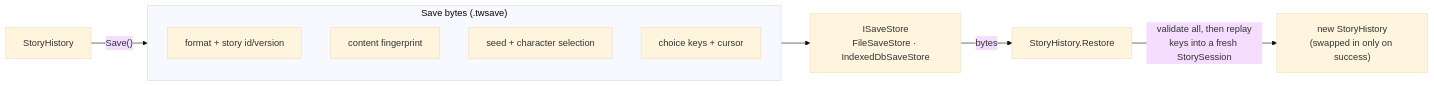
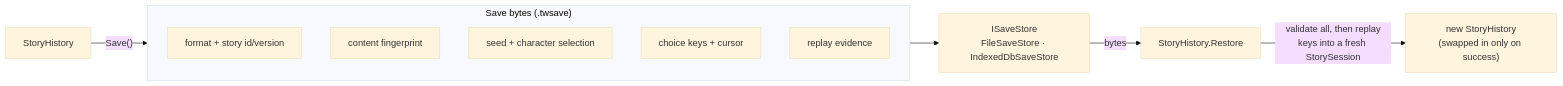
One commit to squid-farm/talewright changed the sixth of 6 diagrams in docs/developer/architecture.md. Above: the diagram before and after it, drawn with Mermaid (base theme). The commit also changed other lines of this file and 21 other files, not shown here.

````diff
--- a/docs/developer/architecture.md
+++ b/docs/developer/architecture.md
@@ -571,13 +571,14 @@
 ```mermaid
 flowchart LR
   subgraph save["Save bytes (.twsave)"]
     direction TB
     f1["format + story id/version"]
     f2["content fingerprint"]
     f3["seed + character selection"]
     f4["choice keys + cursor"]
+    f5["replay evidence"]
   end
   hist["StoryHistory"] -- "Save()" --> save --> store["ISaveStore<br/>FileSaveStore · IndexedDbSaveStore"]
   store -- "bytes" --> restore["StoryHistory.Restore"]
   restore -- "validate all, then replay<br/>keys into a fresh StorySession" --> hist2["new StoryHistory<br/>(swapped in only on success)"]
 ```
````
